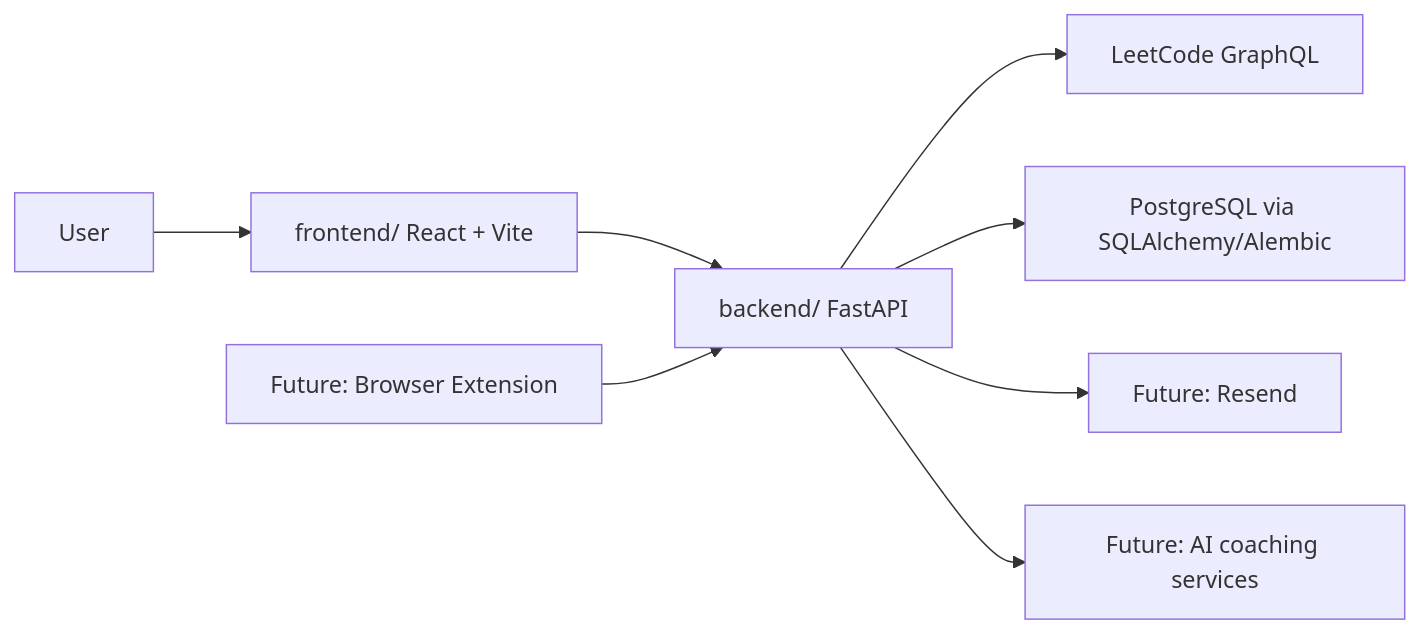
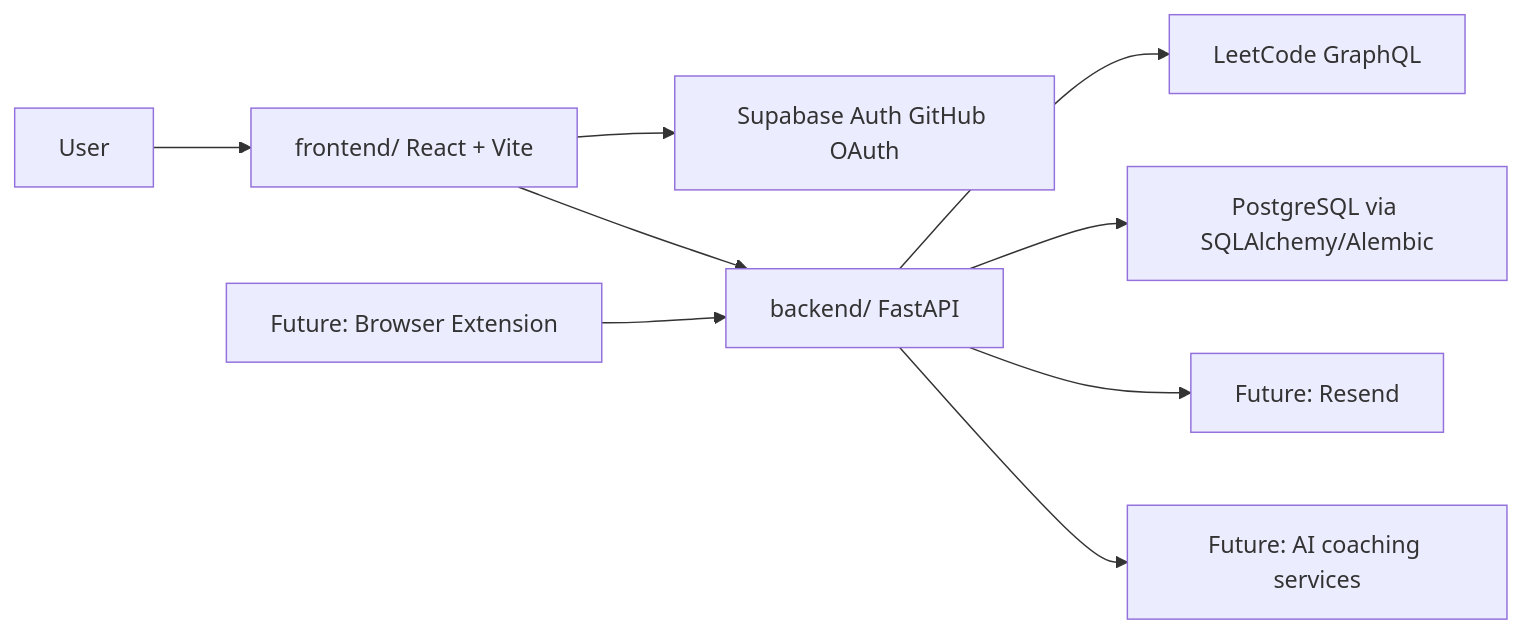
One commit to kprashanth01/leettrack changed the diagram in docs/architecture.md. Above: the diagram before and after it, drawn with Mermaid. The commit also changed other lines of this file and 12 other files, not shown here.

Commit message:
feat(auth): add Supabase GitHub login foundation

````diff
--- a/docs/architecture.md
+++ b/docs/architecture.md
@@ -5,11 +5,12 @@
 ```mermaid
 flowchart LR
   User["User"] --> Frontend["frontend/ React + Vite"]
+  Frontend --> Auth["Supabase Auth GitHub OAuth"]
   Frontend --> Backend["backend/ FastAPI"]
   Backend --> LeetCode["LeetCode GraphQL"]
   Backend --> Database["PostgreSQL via SQLAlchemy/Alembic"]
   Backend --> FutureEmail["Future: Resend"]
   Backend --> FutureAI["Future: AI coaching services"]
 
   Extension["Future: Browser Extension"] --> Backend
 ```
````
